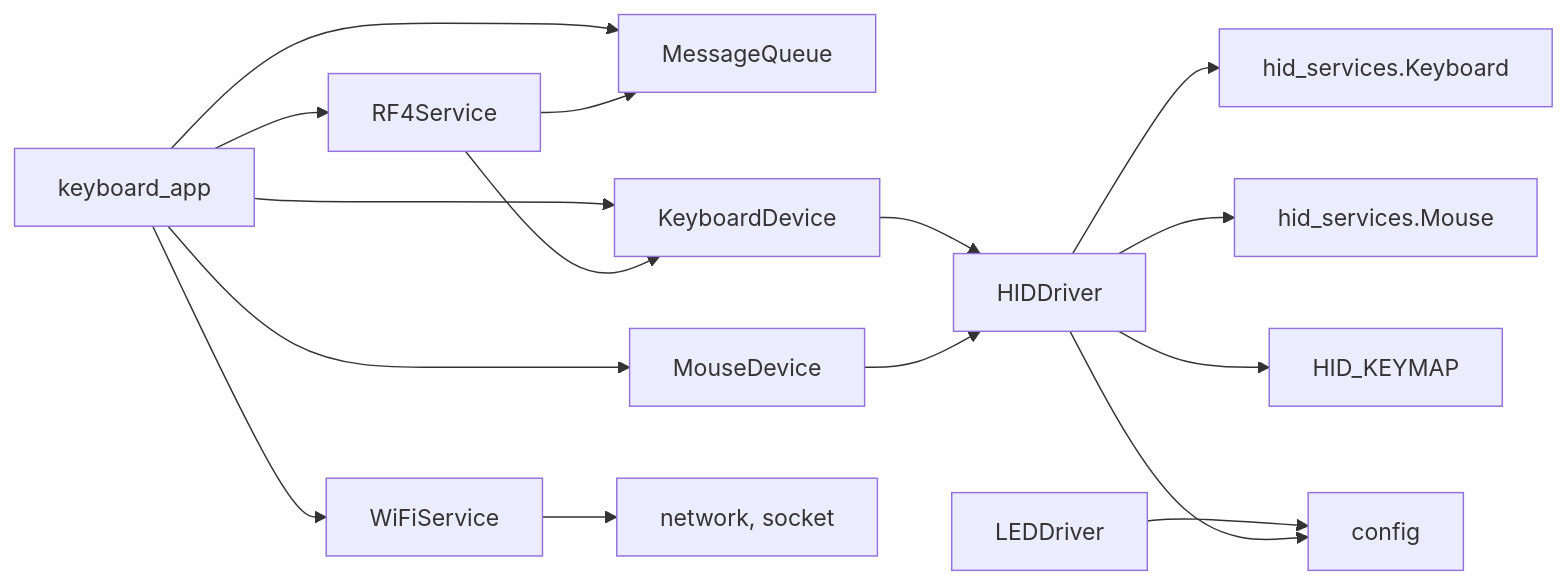
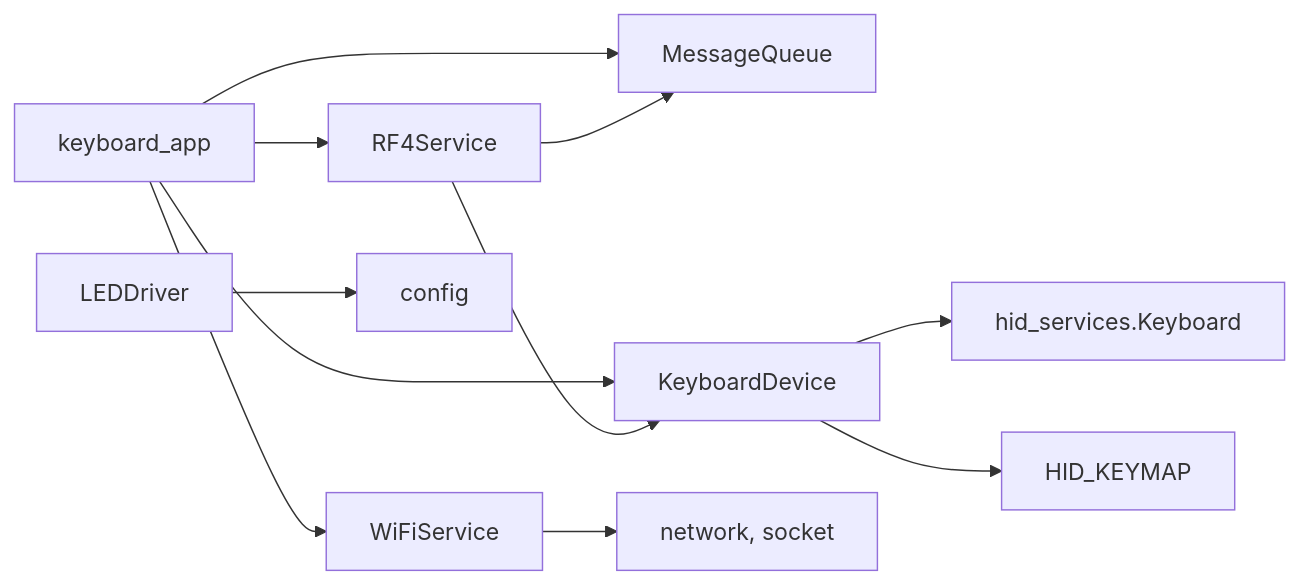
Before and after one commit to Ts-sound/esp32-python-keyboard: the second of 5 diagrams in docs/design/README.md, drawn with Mermaid. The commit also changed other lines of this file and 9 other files, not shown here.

First line of the commit message:
refactor: remove hid_driver.py and mouse_device.py, use hid_services directly

````diff
--- a/docs/design/README.md
+++ b/docs/design/README.md
@@ -62,22 +56,17 @@
 ```mermaid
 flowchart LR
     KA[keyboard_app] --> MQ[MessageQueue]
     KA --> KD[KeyboardDevice]
-    KA --> MD[MouseDevice]
     KA --> WS[WiFiService]
     KA --> RS[RF4Service]
     
-    KD --> HD[HIDDriver]
-    MD --> HD
-    HD --> HSK[hid_services.Keyboard]
-    HD --> MSM[hid_services.Mouse]
-    HD --> HM[HID_KEYMAP]
+    KD --> HSK[hid_services.Keyboard]
+    KD --> HM[HID_KEYMAP]
     
     WS --> NET[network, socket]
     
     RS --> KD
     RS --> MQ
     
     LD[LEDDriver] --> CFG[config]
-    HD --> CFG
 ```
````
